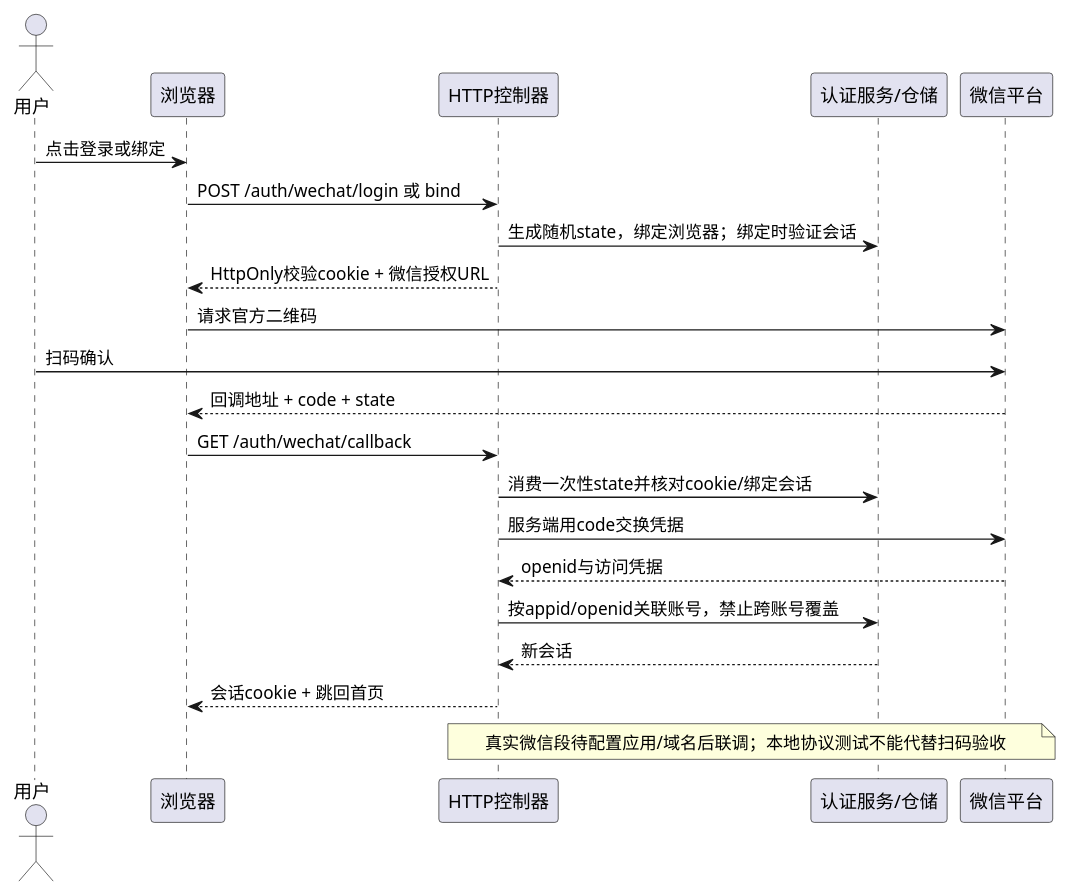
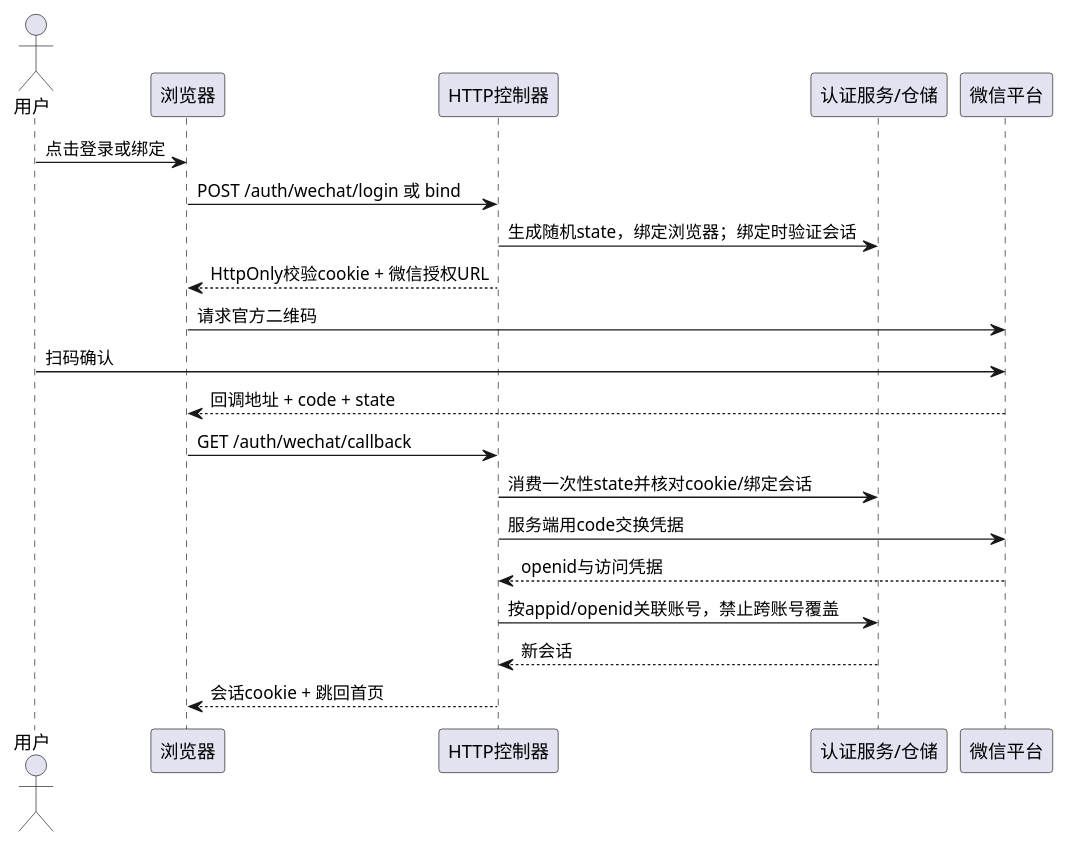
Before and after one commit to Florian-yang/mapqc-sadp-practice: the diagram in docs/diagrams/wechat-auth.puml, drawn with PlantUML. The commit also changed 33 other files, not shown here.

```diff
--- a/docs/diagrams/wechat-auth.puml
+++ b/docs/diagrams/wechat-auth.puml
@@ -1,22 +1,21 @@
 @startuml
 actor 用户
 participant 浏览器
 participant "HTTP控制器" as HTTP
 participant "认证服务/仓储" as Auth
 participant "微信平台" as WX
 用户 -> 浏览器 : 点击登录或绑定
 浏览器 -> HTTP : POST /auth/wechat/login 或 bind
 HTTP -> Auth : 生成随机state，绑定浏览器；绑定时验证会话
 HTTP --> 浏览器 : HttpOnly校验cookie + 微信授权URL
 浏览器 -> WX : 请求官方二维码
 用户 -> WX : 扫码确认
 WX --> 浏览器 : 回调地址 + code + state
 浏览器 -> HTTP : GET /auth/wechat/callback
 HTTP -> Auth : 消费一次性state并核对cookie/绑定会话
 HTTP -> WX : 服务端用code交换凭据
 WX --> HTTP : openid与访问凭据
 HTTP -> Auth : 按appid/openid关联账号，禁止跨账号覆盖
 Auth --> HTTP : 新会话
 HTTP --> 浏览器 : 会话cookie + 跳回首页
-note over HTTP,WX : 真实微信段待配置应用/域名后联调；本地协议测试不能代替扫码验收
 @enduml
```
